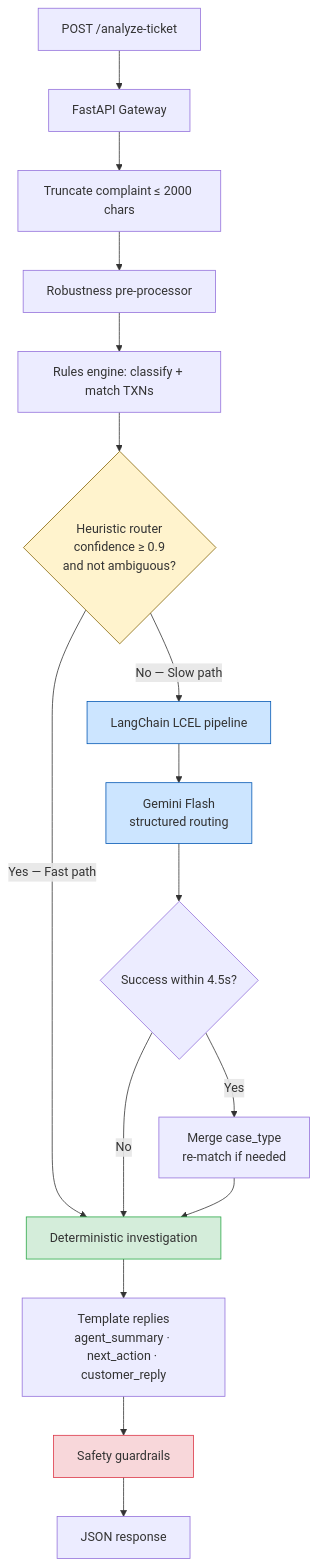
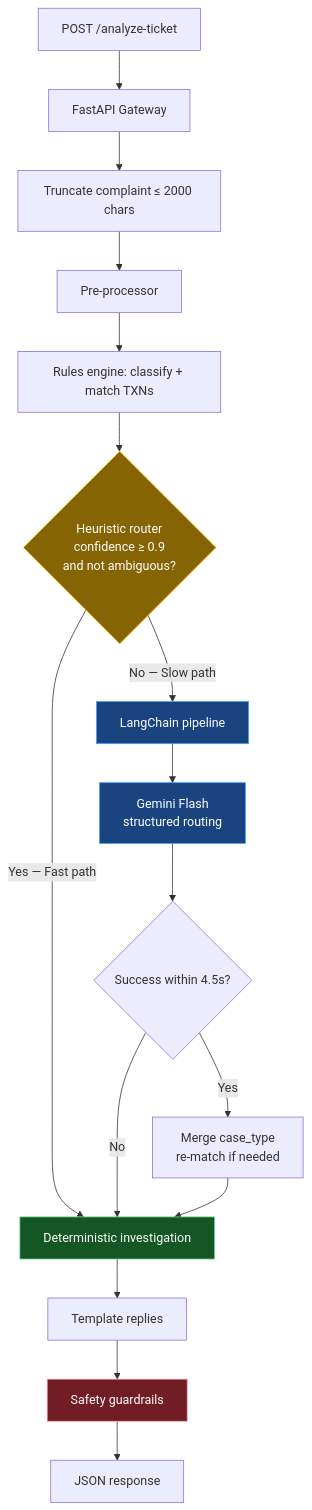
One commit to Ibtida01/SUST_Preli changed the first of 4 diagrams in docs/ARCHITECTURE.md. Above: the diagram before and after it, drawn with Mermaid. The commit also changed other lines of this file and 14 other files, not shown here.

Commit message:
architecture file fixed

````diff
--- a/docs/ARCHITECTURE.md
+++ b/docs/ARCHITECTURE.md
@@ -9,27 +5,27 @@
 ```mermaid
 flowchart TD
     A["POST /analyze-ticket"] --> B["FastAPI Gateway"]
     B --> C["Truncate complaint ≤ 2000 chars"]
-    C --> D["Robustness pre-processor"]
+    C --> D["Pre-processor"]
     D --> E["Rules engine: classify + match TXNs"]
 
     E --> F{"Heuristic router<br/>confidence ≥ 0.9<br/>and not ambiguous?"}
 
     F -->|Yes — Fast path| G["Deterministic investigation"]
-    F -->|No — Slow path| H["LangChain LCEL pipeline"]
+    F -->|No — Slow path| H["LangChain pipeline"]
     H --> I["Gemini Flash<br/>structured routing"]
     I --> J{"Success within 4.5s?"}
     J -->|No| G
     J -->|Yes| K["Merge case_type<br/>re-match if needed"]
     K --> G
 
-    G --> L["Template replies<br/>agent_summary · next_action · customer_reply"]
+    G --> L["Template replies"]
     L --> M["Safety guardrails"]
     M --> N["JSON response"]
 
-    style F fill:#fff3cd,stroke:#856404
-    style H fill:#cce5ff,stroke:#0056b3
-    style I fill:#cce5ff,stroke:#0056b3
-    style M fill:#f8d7da,stroke:#dc3545
-    style G fill:#d4edda,stroke:#28a745
+    style F fill:#856404,stroke:#ffc107,color:#ffffff
+    style H fill:#1a4480,stroke:#4a9eff,color:#ffffff
+    style I fill:#1a4480,stroke:#4a9eff,color:#ffffff
+    style M fill:#721c24,stroke:#f5a5b0,color:#ffffff
+    style G fill:#155724,stroke:#6fcf97,color:#ffffff
 ```
````
